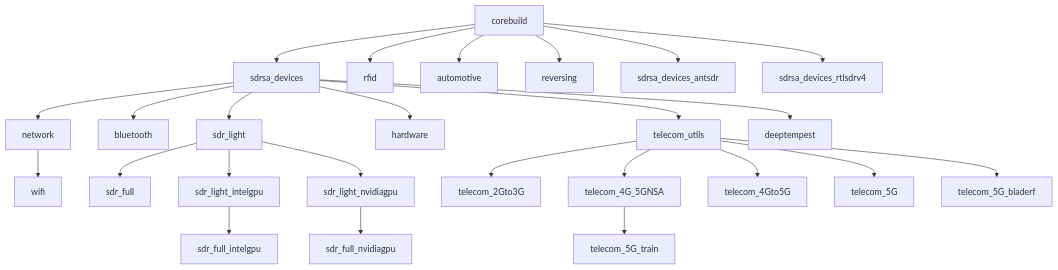
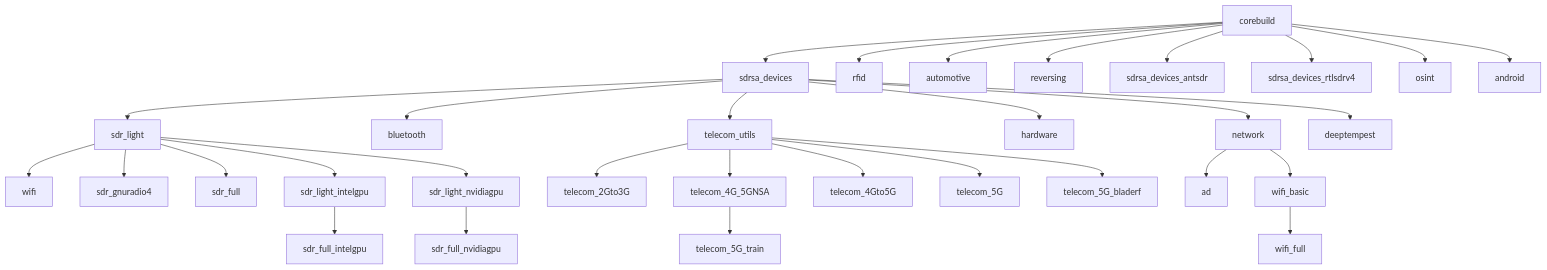
The diagram in content/docs/guide/list-of-tools.md (PentHertz/rfswift-doc-v2), drawn with Mermaid before and after one commit. The commit also changed other lines of this file and 61 other files, not shown here.

````diff
--- a/content/docs/guide/list-of-tools.md
+++ b/content/docs/guide/list-of-tools.md
@@ -29,27 +29,33 @@
 ```mermaid
 graph TD;
     A[corebuild]-->B[sdrsa_devices];
     A-->C[rfid];
     A-->D[automotive];
     A-->E[reversing];
     A-->F[sdrsa_devices_antsdr];
     A-->G[sdrsa_devices_rtlsdrv4];
     B[sdrsa_devices]-->I[sdr_light];
     B[sdrsa_devices]-->J[bluetooth];
     B[sdrsa_devices]-->K[telecom_utils];
     B[sdrsa_devices]-->L[hardware];
     B[sdrsa_devices]-->H[network];
     B[sdrsa_devices]-->DT[deeptempest];
-    H[network]-->M[wifi];
+    A-->OS[osint];
+    A-->AN[android];
+    H[network]-->AD[ad];
+    H[network]-->WB[wifi_basic];
+    WB-->WF[wifi_full];
+    I[sdr_light]-->M[wifi];
+    I[sdr_light]-->G4[sdr_gnuradio4];
     I[sdr_light]-->N[sdr_full];
     I[sdr_light]-->I2[sdr_light_intelgpu];
     I[sdr_light]-->I3[sdr_light_nvidiagpu];
     I2[sdr_light_intelgpu]-->N2[sdr_full_intelgpu];
     I3[sdr_light_nvidiagpu]-->N3[sdr_full_nvidiagpu];
     K[telecom_utils]-->P[telecom_2Gto3G];
     K[telecom_utils]-->Q[telecom_4G_5GNSA];
     K[telecom_utils]-->R[telecom_4Gto5G];
     Q[telecom_4G_5GNSA]-->R2[telecom_5G_train];
     K[telecom_utils]-->S[telecom_5G];
     K[telecom_utils]-->T[telecom_5G_bladerf];
 ```
````
